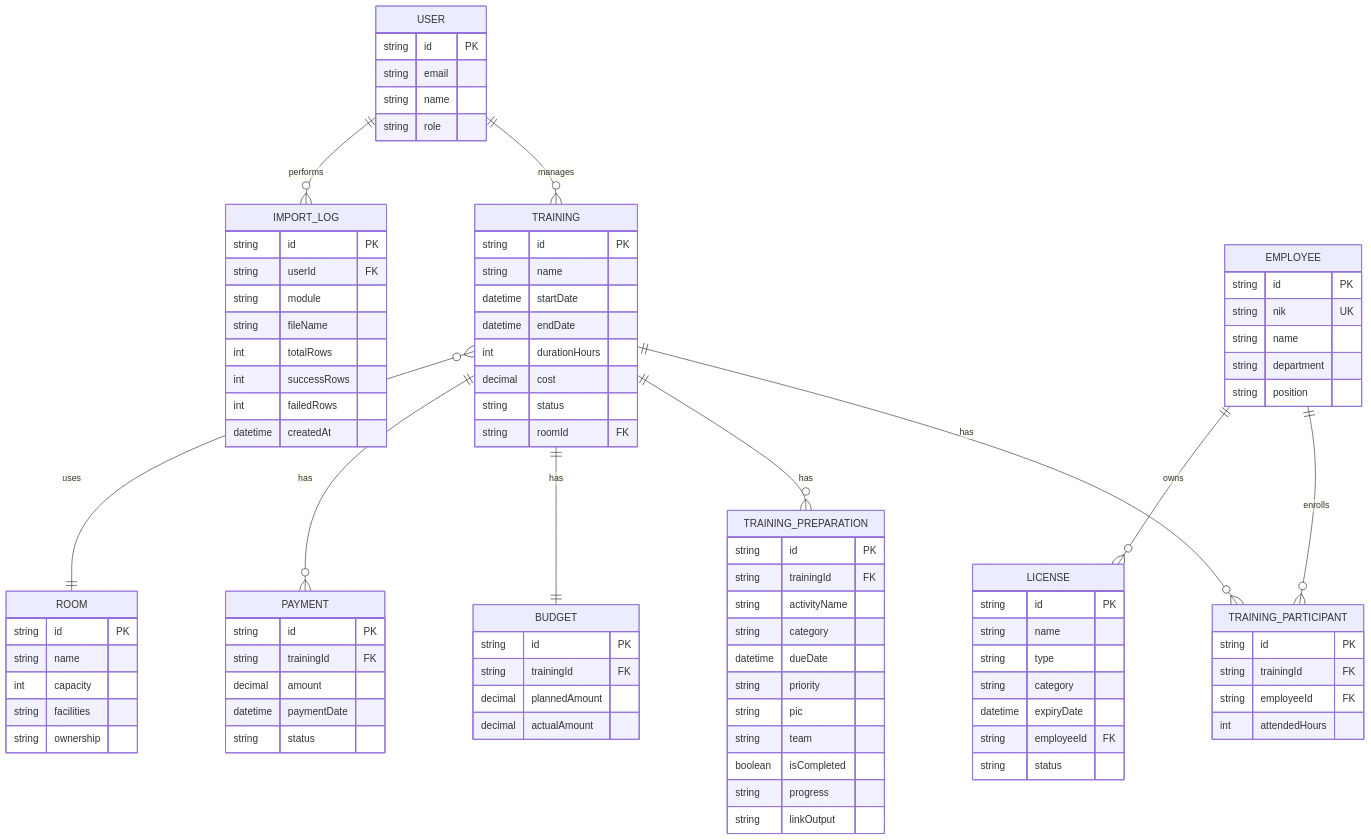
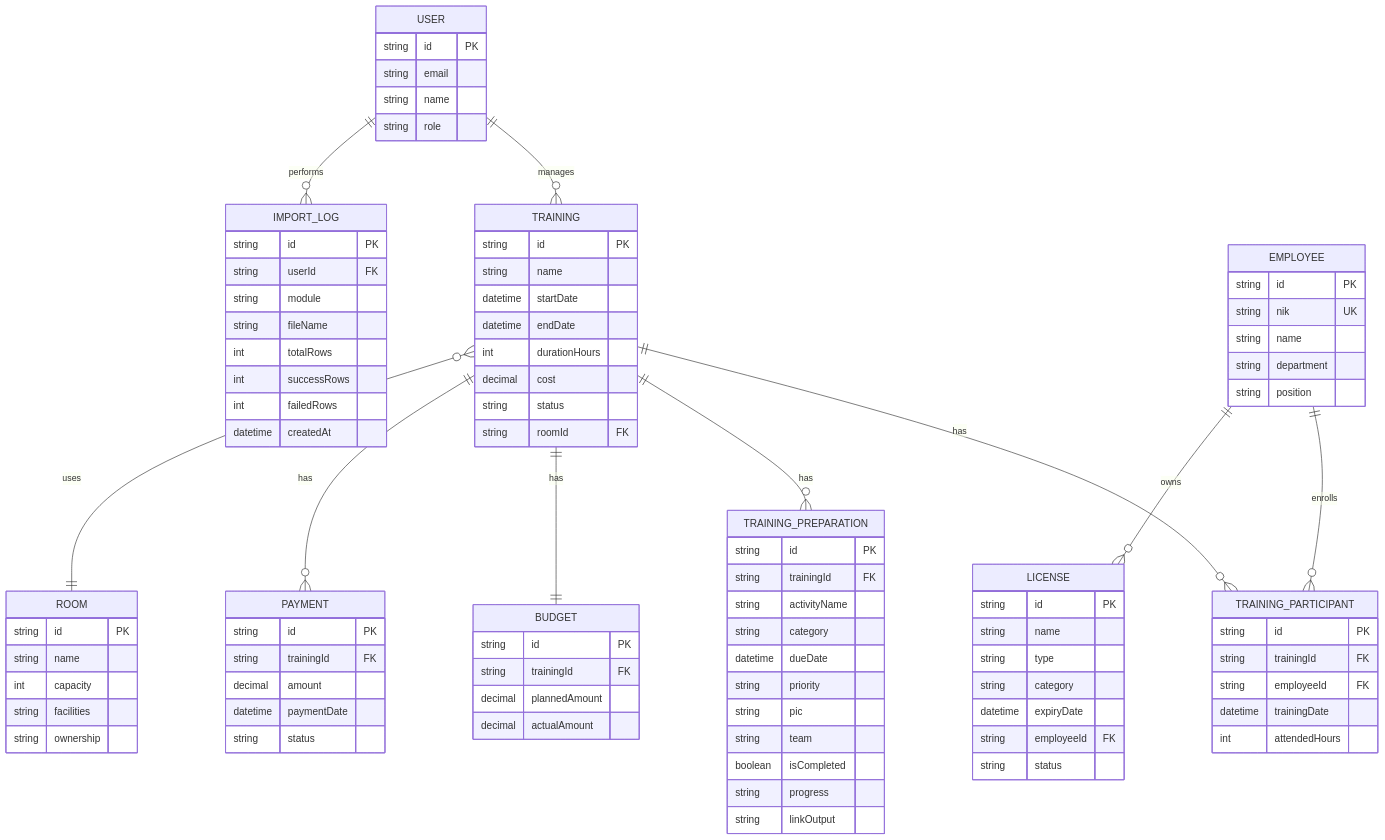
Before and after one commit to appaldyt/Lentera: the second of 2 diagrams in PRD-LENTERA.md, drawn with Mermaid. The commit also changed other lines of this file and 5 other files, not shown here.

```diff
--- a/PRD-LENTERA.md
+++ b/PRD-LENTERA.md
@@ -309,6 +312,7 @@
         string id PK
         string trainingId FK
         string employeeId FK
+        datetime trainingDate
         int attendedHours
     }
     LICENSE {
```
